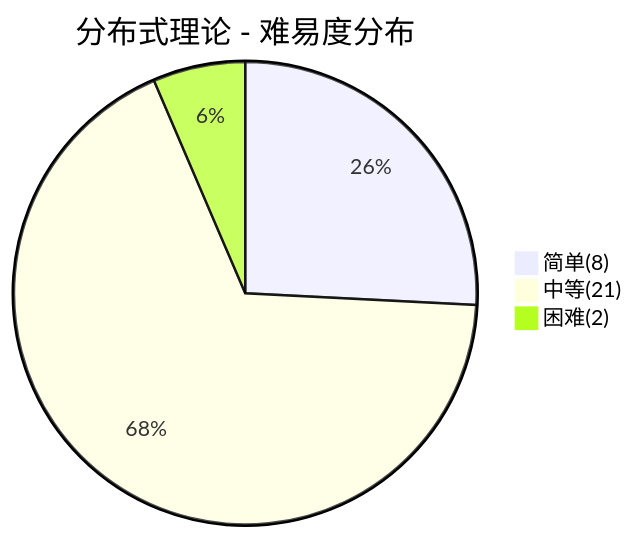
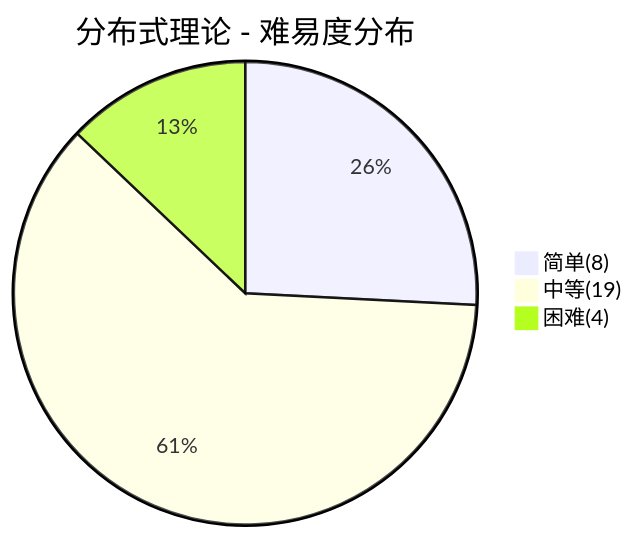
Before and after one commit to dunwu/waterdrop: the first of 6 diagrams in docs/99.面试/分布式面试.md, drawn with Mermaid. The commit also changed other lines of this file and 73 other files, not shown here.

````diff
--- a/docs/99.面试/分布式面试.md
+++ b/docs/99.面试/分布式面试.md
@@ -32,6 +32,6 @@
 ```mermaid
 pie title 分布式理论 - 难易度分布
     "简单(8)" : 8
-    "中等(21)" : 21
-    "困难(2)" : 2
+    "中等(19)" : 19
+    "困难(4)" : 4
 ```
````
